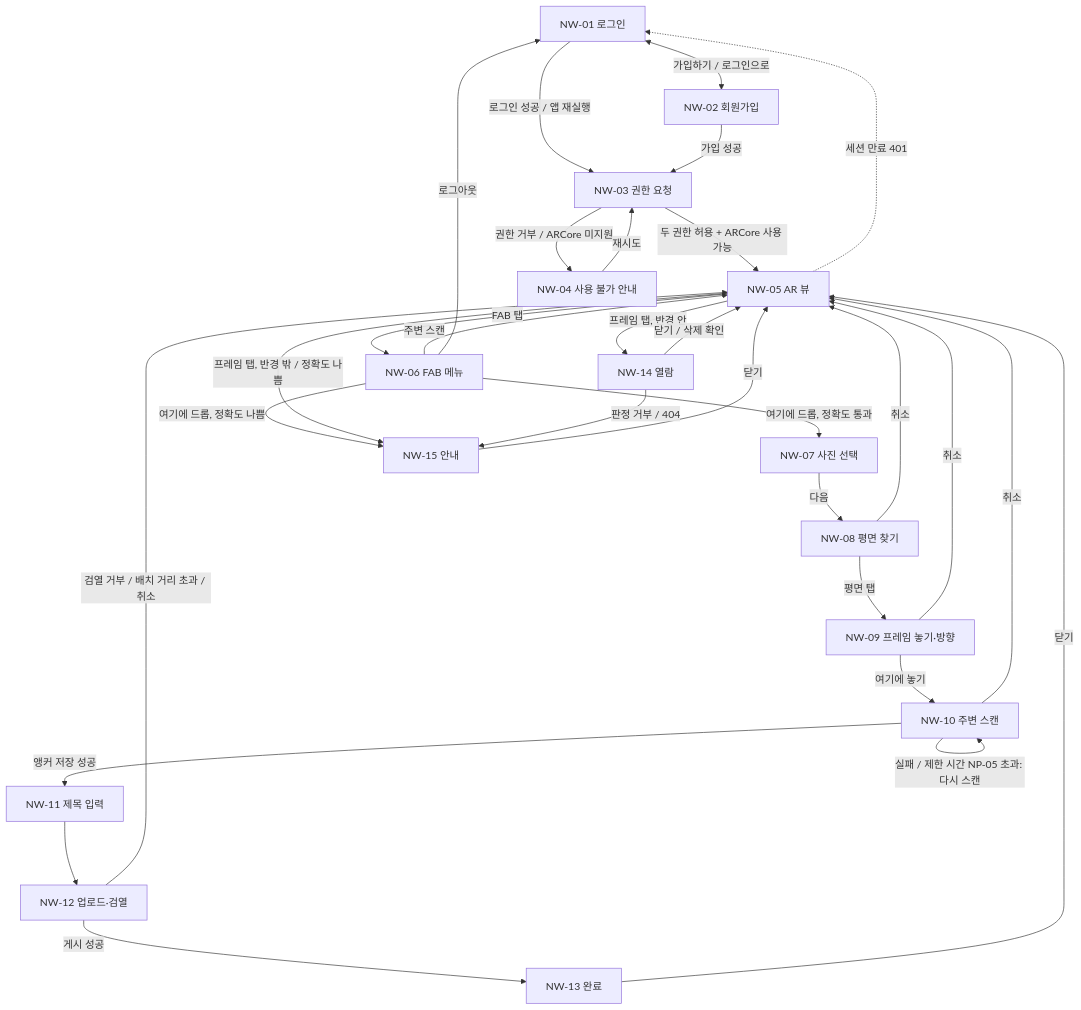
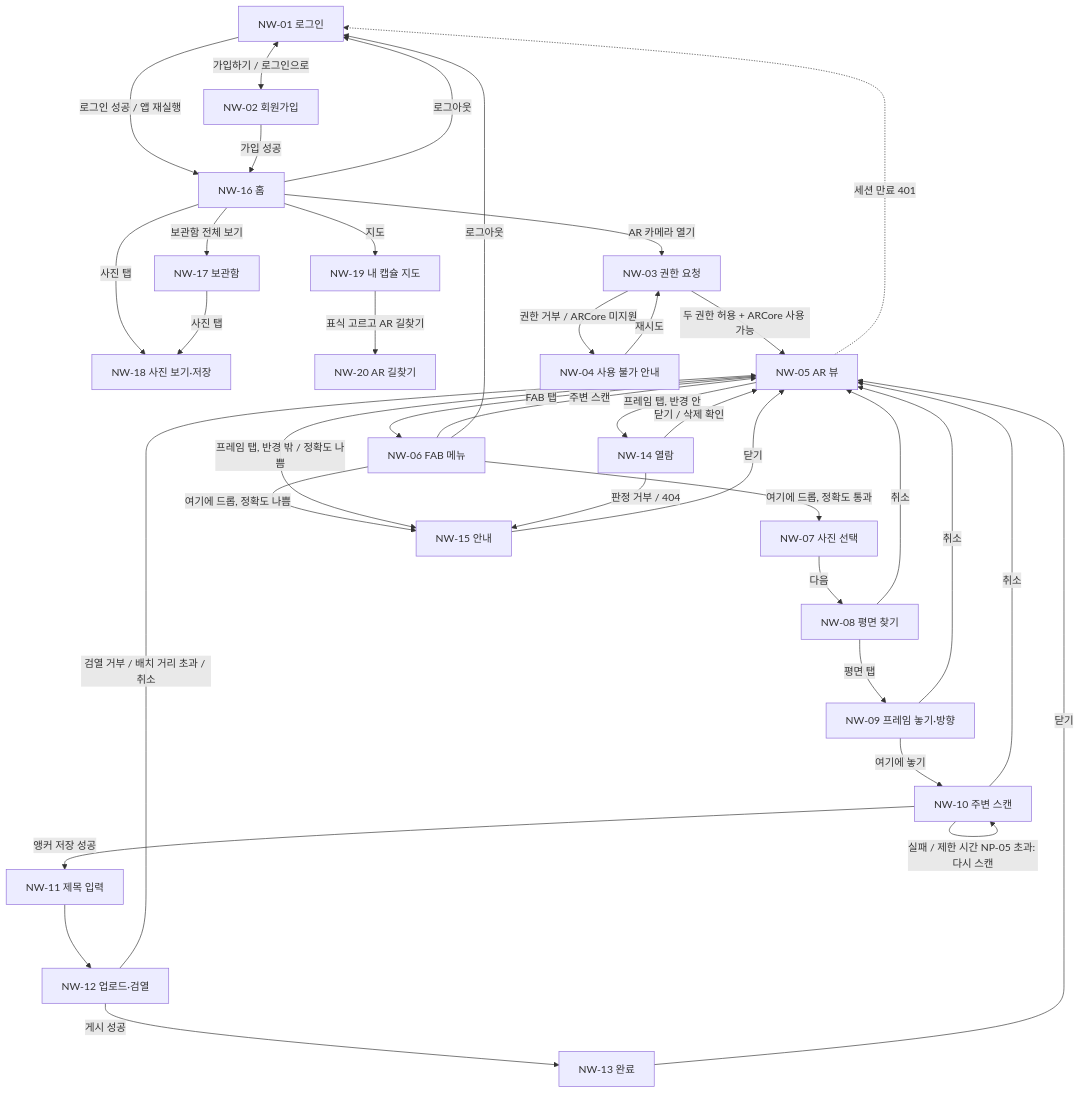
One commit to hyunboee/drop_app changed the diagram in docs/11-native-wireframes.md. Above: the diagram before and after it, drawn with Mermaid. The commit also changed other lines of this file and 7 other files, not shown here.

First line of the commit message:
docs: 네이티브 홈·보관함·지도·AR 길찾기, 실증 규칙, 앵커·크기 설계 반영

````diff
--- a/docs/11-native-wireframes.md
+++ b/docs/11-native-wireframes.md
@@ -35,32 +43,38 @@
 ```mermaid
 flowchart TD
-  NW01[NW-01 로그인] -->|로그인 성공 / 앱 재실행| NW03[NW-03 권한 요청]
+  NW01[NW-01 로그인] -->|로그인 성공 / 앱 재실행| NW16[NW-16 홈]
+  NW16 -->|AR 카메라 열기| NW03[NW-03 권한 요청]
+  NW16 -->|보관함 전체 보기| NW17[NW-17 보관함]
+  NW16 & NW17 -->|사진 탭| NW18[NW-18 사진 보기·저장]
+  NW16 -->|로그아웃| NW01
+  NW16 -->|지도| NW19[NW-19 내 캡슐 지도]
+  NW19 -->|표식 고르고 AR 길찾기| NW20[NW-20 AR 길찾기]
   NW01 <-->|가입하기 / 로그인으로| NW02[NW-02 회원가입]
-  NW02 -->|가입 성공| NW03
+  NW02 -->|가입 성공| NW16
   NW03 -->|두 권한 허용 + ARCore 사용 가능| NW05[NW-05 AR 뷰]
   NW03 -->|권한 거부 / ARCore 미지원| NW04[NW-04 사용 불가 안내]
   NW04 -->|재시도| NW03
   NW05 -->|FAB 탭| NW06[NW-06 FAB 메뉴]
   NW06 -->|주변 스캔| NW05
   NW06 -->|여기에 드롭, 정확도 통과| NW07[NW-07 사진 선택]
   NW06 -->|여기에 드롭, 정확도 나쁨| NW15[NW-15 안내]
   NW07 -->|다음| NW08[NW-08 평면 찾기]
   NW08 -->|평면 탭| NW09[NW-09 프레임 놓기·방향]
   NW09 -->|여기에 놓기| NW10[NW-10 주변 스캔]
   NW10 -->|앵커 저장 성공| NW11[NW-11 제목 입력]
   NW10 -->|실패 / 제한 시간 NP-05 초과: 다시 스캔| NW10
   NW08 -->|취소| NW05
   NW09 -->|취소| NW05
   NW10 -->|취소| NW05
   NW11 --> NW12[NW-12 업로드·검열]
   NW12 -->|게시 성공| NW13[NW-13 완료]
   NW12 -->|검열 거부 / 배치 거리 초과 / 취소| NW05
   NW13 -->|닫기| NW05
   NW05 -->|프레임 탭, 반경 안| NW14[NW-14 열람]
   NW05 -->|프레임 탭, 반경 밖 / 정확도 나쁨| NW15
   NW14 -->|닫기 / 삭제 확인| NW05
   NW14 -->|판정 거부 / 404| NW15
   NW15 -->|닫기| NW05
   NW06 -->|로그아웃| NW01
   NW05 -.->|세션 만료 401| NW01
 ```
````
